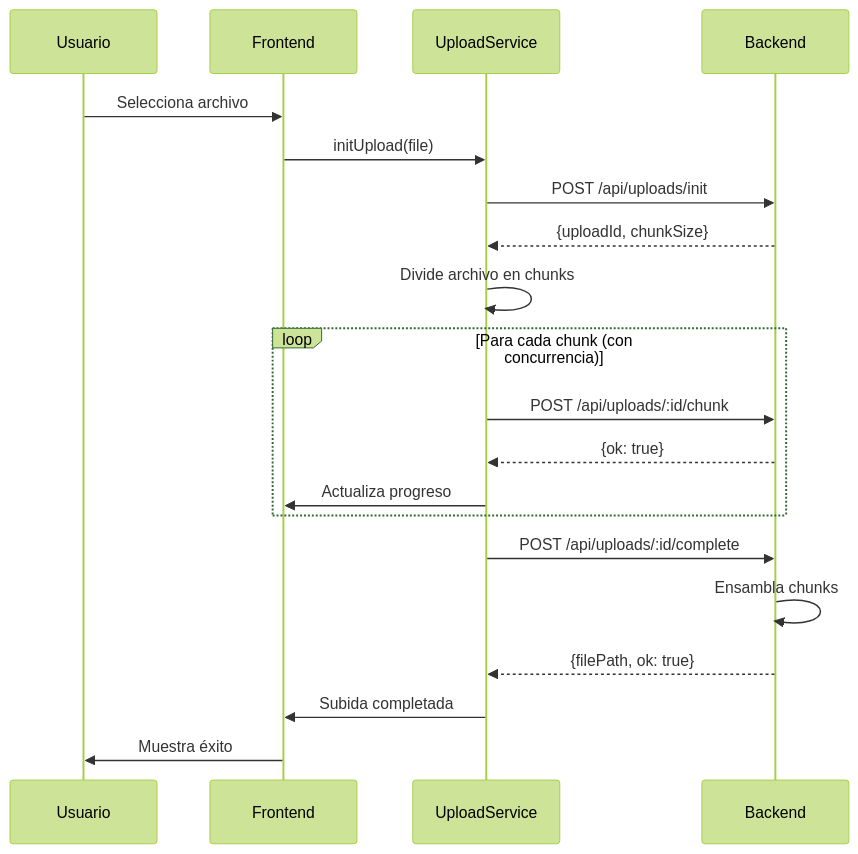
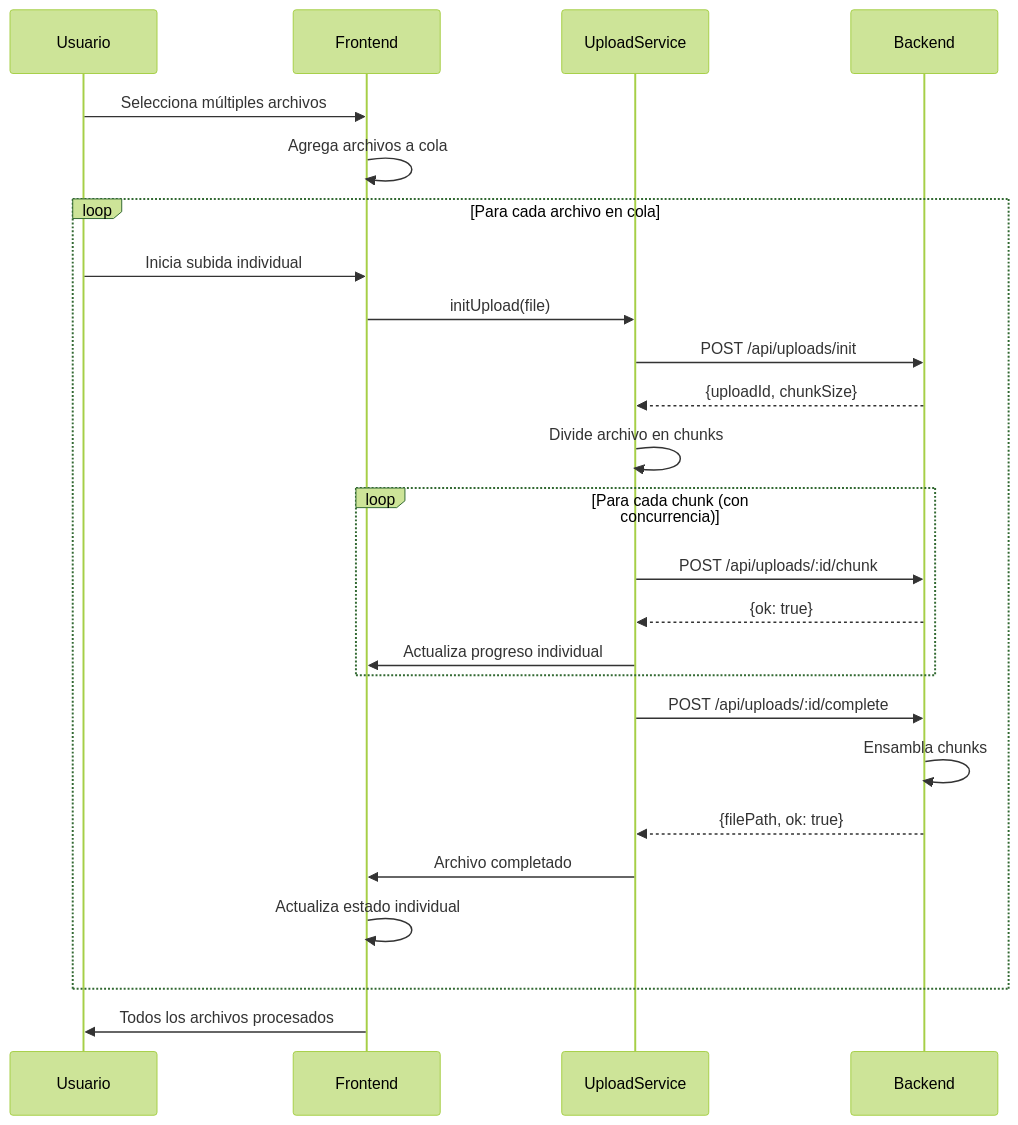
Before and after one commit to forozco/uploader_poc: the diagram in README.md, drawn with Mermaid (forest theme). The commit also changed other lines of this file, not shown here.

````diff
--- a/README.md
+++ b/README.md
@@ -178,26 +202,33 @@
 ```mermaid
 sequenceDiagram
     participant U as Usuario
     participant F as Frontend
     participant S as UploadService
     participant B as Backend
     
-    U->>F: Selecciona archivo
-    F->>S: initUpload(file)
-    S->>B: POST /api/uploads/init
-    B-->>S: {uploadId, chunkSize}
+    U->>F: Selecciona múltiples archivos
+    F->>F: Agrega archivos a cola
     
-    S->>S: Divide archivo en chunks
-    
-    loop Para cada chunk (con concurrencia)
-        S->>B: POST /api/uploads/:id/chunk
-        B-->>S: {ok: true}
-        S->>F: Actualiza progreso
+    loop Para cada archivo en cola
+        U->>F: Inicia subida individual
+        F->>S: initUpload(file)
+        S->>B: POST /api/uploads/init
+        B-->>S: {uploadId, chunkSize}
+        
+        S->>S: Divide archivo en chunks
+        
+        loop Para cada chunk (con concurrencia)
+            S->>B: POST /api/uploads/:id/chunk
+            B-->>S: {ok: true}
+            S->>F: Actualiza progreso individual
+        end
+        
+        S->>B: POST /api/uploads/:id/complete
+        B->>B: Ensambla chunks
+        B-->>S: {filePath, ok: true}
+        S->>F: Archivo completado
+        F->>F: Actualiza estado individual
     end
     
-    S->>B: POST /api/uploads/:id/complete
-    B->>B: Ensambla chunks
-    B-->>S: {filePath, ok: true}
-    S->>F: Subida completada
-    F->>U: Muestra éxito
+    F->>U: Todos los archivos procesados
 ```
````
